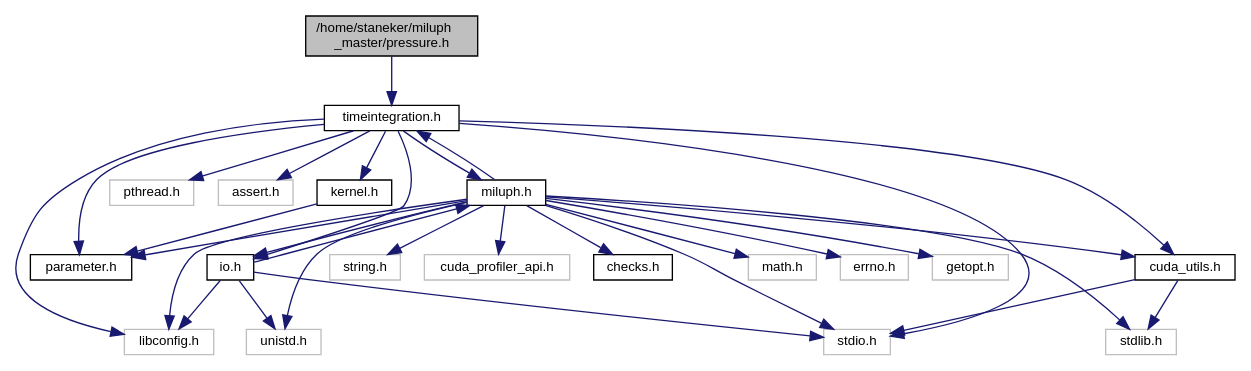
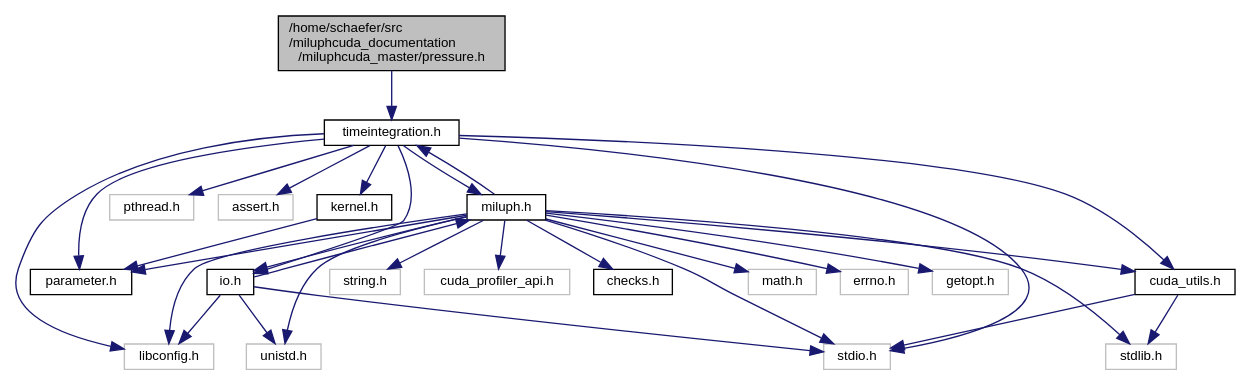
Before and after one commit to christophmschaefer/miluphcuda: the diagram in docs/pressure_8h__incl.dot, drawn with Graphviz. The commit also changed 272 other files, not shown here.

```diff
--- a/docs/pressure_8h__incl.dot
+++ b/docs/pressure_8h__incl.dot
@@ -1,55 +1,55 @@
-digraph "/home/staneker/miluph_master/pressure.h"
+digraph "/home/schaefer/src/miluphcuda_documentation/miluphcuda_master/pressure.h"
 {
   edge [fontname="Helvetica",fontsize="10",labelfontname="Helvetica",labelfontsize="10"];
   node [fontname="Helvetica",fontsize="10",shape=record];
-  Node0 [label="/home/staneker/miluph\l_master/pressure.h",height=0.2,width=0.4,color="black", fillcolor="grey75", style="filled", fontcolor="black"];
+  Node0 [label="/home/schaefer/src\l/miluphcuda_documentation\l/miluphcuda_master/pressure.h",height=0.2,width=0.4,color="black", fillcolor="grey75", style="filled", fontcolor="black"];
   Node0 -> Node1 [color="midnightblue",fontsize="10",style="solid",fontname="Helvetica"];
   Node1 [label="timeintegration.h",height=0.2,width=0.4,color="black", fillcolor="white", style="filled",URL="$timeintegration_8h.html"];
   Node1 -> Node2 [color="midnightblue",fontsize="10",style="solid",fontname="Helvetica"];
   Node2 [label="stdio.h",height=0.2,width=0.4,color="grey75", fillcolor="white", style="filled"];
   Node1 -> Node3 [color="midnightblue",fontsize="10",style="solid",fontname="Helvetica"];
   Node3 [label="libconfig.h",height=0.2,width=0.4,color="grey75", fillcolor="white", style="filled"];
   Node1 -> Node4 [color="midnightblue",fontsize="10",style="solid",fontname="Helvetica"];
   Node4 [label="pthread.h",height=0.2,width=0.4,color="grey75", fillcolor="white", style="filled"];
   Node1 -> Node5 [color="midnightblue",fontsize="10",style="solid",fontname="Helvetica"];
   Node5 [label="assert.h",height=0.2,width=0.4,color="grey75", fillcolor="white", style="filled"];
   Node1 -> Node6 [color="midnightblue",fontsize="10",style="solid",fontname="Helvetica"];
   Node6 [label="parameter.h",height=0.2,width=0.4,color="black", fillcolor="white", style="filled",URL="$parameter_8h.html"];
   Node1 -> Node7 [color="midnightblue",fontsize="10",style="solid",fontname="Helvetica"];
   Node7 [label="miluph.h",height=0.2,width=0.4,color="black", fillcolor="white", style="filled",URL="$miluph_8h.html"];
   Node7 -> Node8 [color="midnightblue",fontsize="10",style="solid",fontname="Helvetica"];
   Node8 [label="math.h",height=0.2,width=0.4,color="grey75", fillcolor="white", style="filled"];
   Node7 -> Node9 [color="midnightblue",fontsize="10",style="solid",fontname="Helvetica"];
   Node9 [label="errno.h",height=0.2,width=0.4,color="grey75", fillcolor="white", style="filled"];
   Node7 -> Node10 [color="midnightblue",fontsize="10",style="solid",fontname="Helvetica"];
   Node10 [label="getopt.h",height=0.2,width=0.4,color="grey75", fillcolor="white", style="filled"];
   Node7 -> Node11 [color="midnightblue",fontsize="10",style="solid",fontname="Helvetica"];
   Node11 [label="string.h",height=0.2,width=0.4,color="grey75", fillcolor="white", style="filled"];
   Node7 -> Node12 [color="midnightblue",fontsize="10",style="solid",fontname="Helvetica"];
   Node12 [label="unistd.h",height=0.2,width=0.4,color="grey75", fillcolor="white", style="filled"];
   Node7 -> Node2 [color="midnightblue",fontsize="10",style="solid",fontname="Helvetica"];
   Node7 -> Node13 [color="midnightblue",fontsize="10",style="solid",fontname="Helvetica"];
   Node13 [label="stdlib.h",height=0.2,width=0.4,color="grey75", fillcolor="white", style="filled"];
   Node7 -> Node3 [color="midnightblue",fontsize="10",style="solid",fontname="Helvetica"];
   Node7 -> Node14 [color="midnightblue",fontsize="10",style="solid",fontname="Helvetica"];
   Node14 [label="cuda_utils.h",height=0.2,width=0.4,color="black", fillcolor="white", style="filled",URL="$cuda__utils_8h.html"];
   Node14 -> Node2 [color="midnightblue",fontsize="10",style="solid",fontname="Helvetica"];
   Node14 -> Node13 [color="midnightblue",fontsize="10",style="solid",fontname="Helvetica"];
   Node7 -> Node6 [color="midnightblue",fontsize="10",style="solid",fontname="Helvetica"];
   Node7 -> Node15 [color="midnightblue",fontsize="10",style="solid",fontname="Helvetica"];
   Node15 [label="io.h",height=0.2,width=0.4,color="black", fillcolor="white", style="filled",URL="$io_8h.html"];
   Node15 -> Node2 [color="midnightblue",fontsize="10",style="solid",fontname="Helvetica"];
   Node15 -> Node12 [color="midnightblue",fontsize="10",style="solid",fontname="Helvetica"];
   Node15 -> Node3 [color="midnightblue",fontsize="10",style="solid",fontname="Helvetica"];
   Node15 -> Node7 [color="midnightblue",fontsize="10",style="solid",fontname="Helvetica"];
   Node7 -> Node1 [color="midnightblue",fontsize="10",style="solid",fontname="Helvetica"];
   Node7 -> Node16 [color="midnightblue",fontsize="10",style="solid",fontname="Helvetica"];
   Node16 [label="cuda_profiler_api.h",height=0.2,width=0.4,color="grey75", fillcolor="white", style="filled"];
   Node7 -> Node17 [color="midnightblue",fontsize="10",style="solid",fontname="Helvetica"];
   Node17 [label="checks.h",height=0.2,width=0.4,color="black", fillcolor="white", style="filled",URL="$checks_8h.html"];
   Node1 -> Node15 [color="midnightblue",fontsize="10",style="solid",fontname="Helvetica"];
   Node1 -> Node14 [color="midnightblue",fontsize="10",style="solid",fontname="Helvetica"];
   Node1 -> Node18 [color="midnightblue",fontsize="10",style="solid",fontname="Helvetica"];
   Node18 [label="kernel.h",height=0.2,width=0.4,color="black", fillcolor="white", style="filled",URL="$kernel_8h.html"];
   Node18 -> Node6 [color="midnightblue",fontsize="10",style="solid",fontname="Helvetica"];
 }
```
